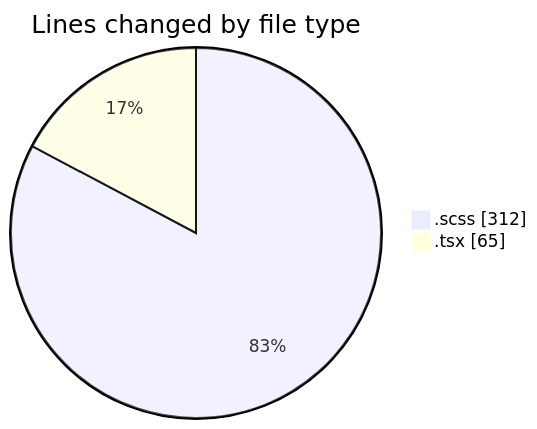
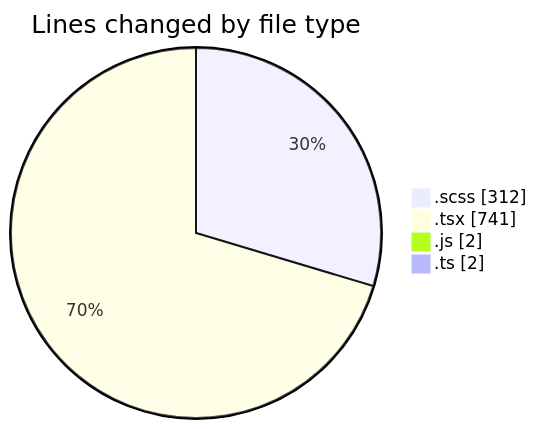
Before and after one commit to momahboobian/code-tracking: the first of 2 diagrams in 2026-08-10/cda/README.md, drawn with Mermaid. The commit also changed other lines of this file and 1 other file, not shown here.

````diff
--- a/2026-08-10/cda/README.md
+++ b/2026-08-10/cda/README.md
@@ -24,6 +28,8 @@
 ```mermaid
 pie showData
 title Lines changed by file type
 ".scss" : 312
-".tsx" : 65
+".tsx" : 741
+".js" : 2
+".ts" : 2
 ```
````
